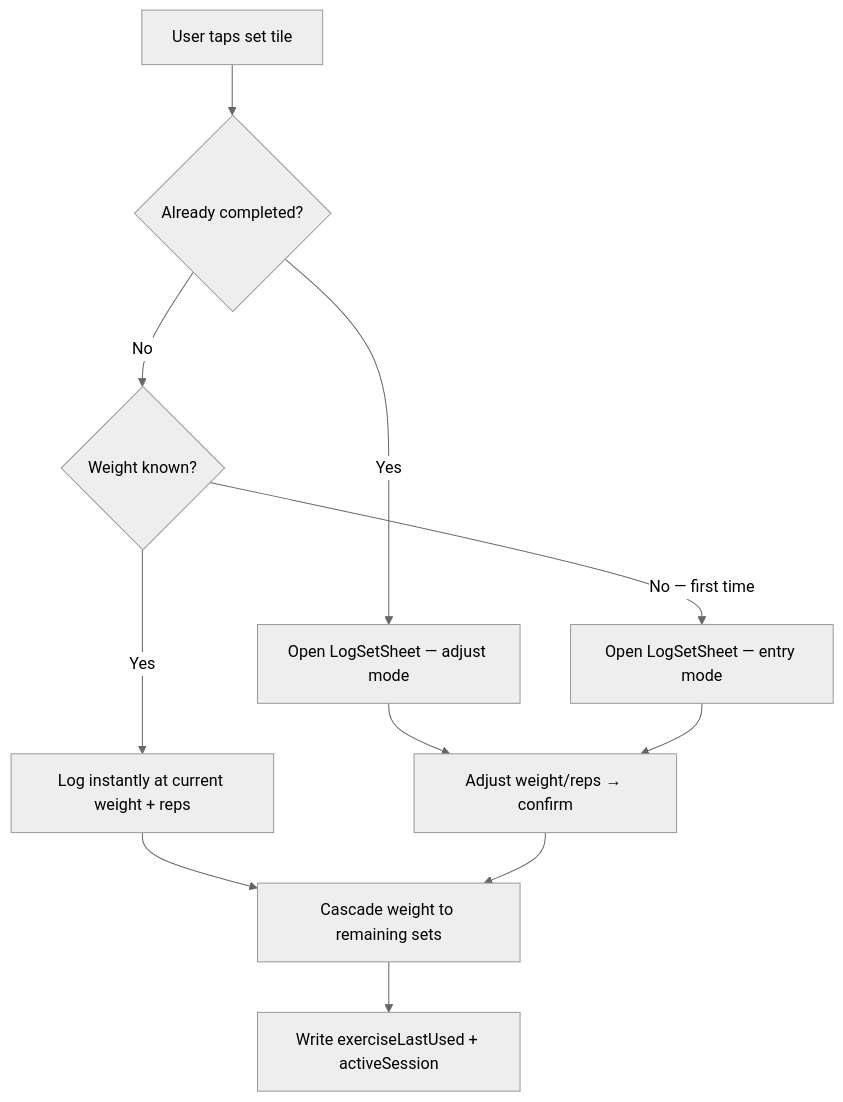
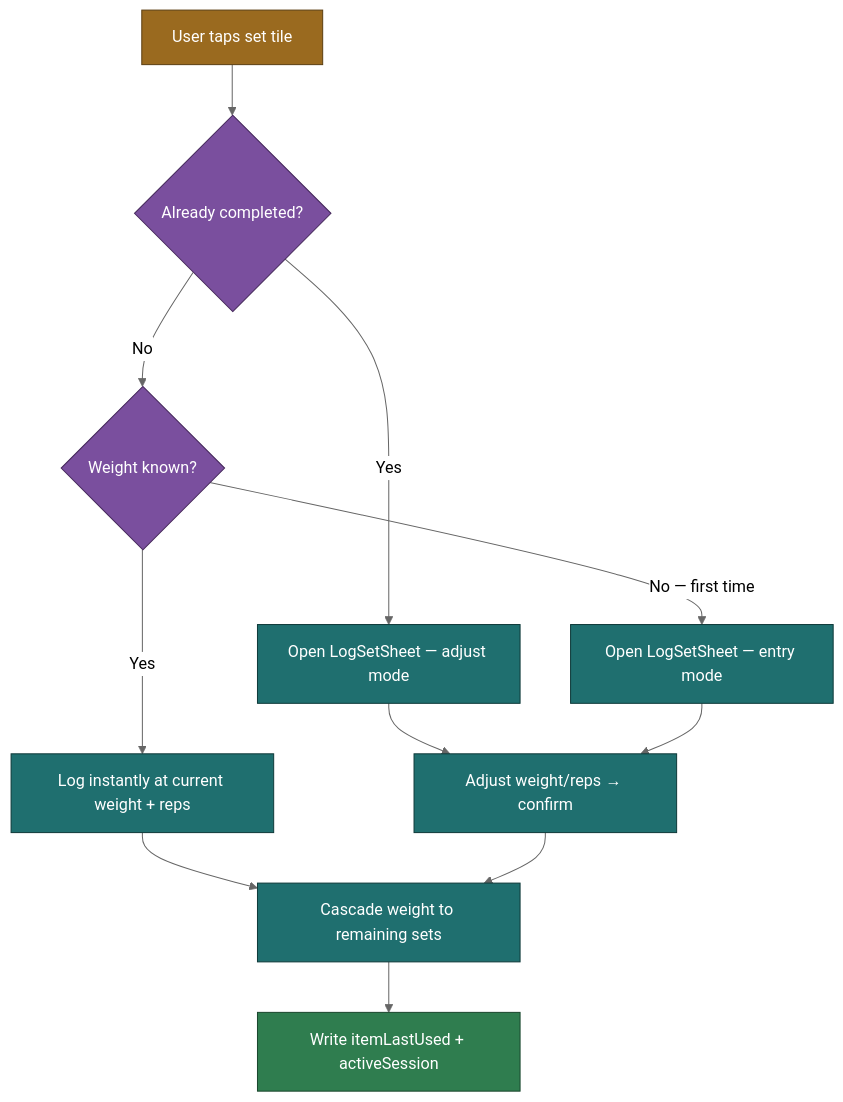
One commit to jermbo/CosmicWorkOut changed the second of 2 diagrams in docs/requirements/session-logging.md. Above: the diagram before and after it, drawn with Mermaid (neutral theme). The commit also changed other lines of this file and 132 other files, not shown here.

````diff
--- a/docs/requirements/session-logging.md
+++ b/docs/requirements/session-logging.md
@@ -69,13 +69,22 @@
 ```mermaid
 flowchart TD
     Tap[User taps set tile] --> Done{Already completed?}
     Done -->|Yes| Sheet[Open LogSetSheet — adjust mode]
     Done -->|No| Known{Weight known?}
     Known -->|Yes| Instant[Log instantly at current weight + reps]
     Known -->|No — first time| Sheet2[Open LogSetSheet — entry mode]
     Sheet --> Confirm[Adjust weight/reps → confirm]
     Sheet2 --> Confirm
     Instant --> Cascade[Cascade weight to remaining sets]
     Confirm --> Cascade
-    Cascade --> Persist[Write exerciseLastUsed + activeSession]
+    Cascade --> Persist[Write itemLastUsed + activeSession]
+
+    classDef trigger fill:#9a6a1f,stroke:#5c3f12,color:#ffffff;
+    classDef decision fill:#7a4f9e,stroke:#46295c,color:#ffffff;
+    classDef action fill:#1f6f6f,stroke:#0f3a3a,color:#ffffff;
+    classDef done fill:#2f7d4f,stroke:#1a472d,color:#ffffff;
+    class Tap trigger;
+    class Done,Known decision;
+    class Sheet,Sheet2,Confirm,Instant,Cascade action;
+    class Persist done;
 ```
````
